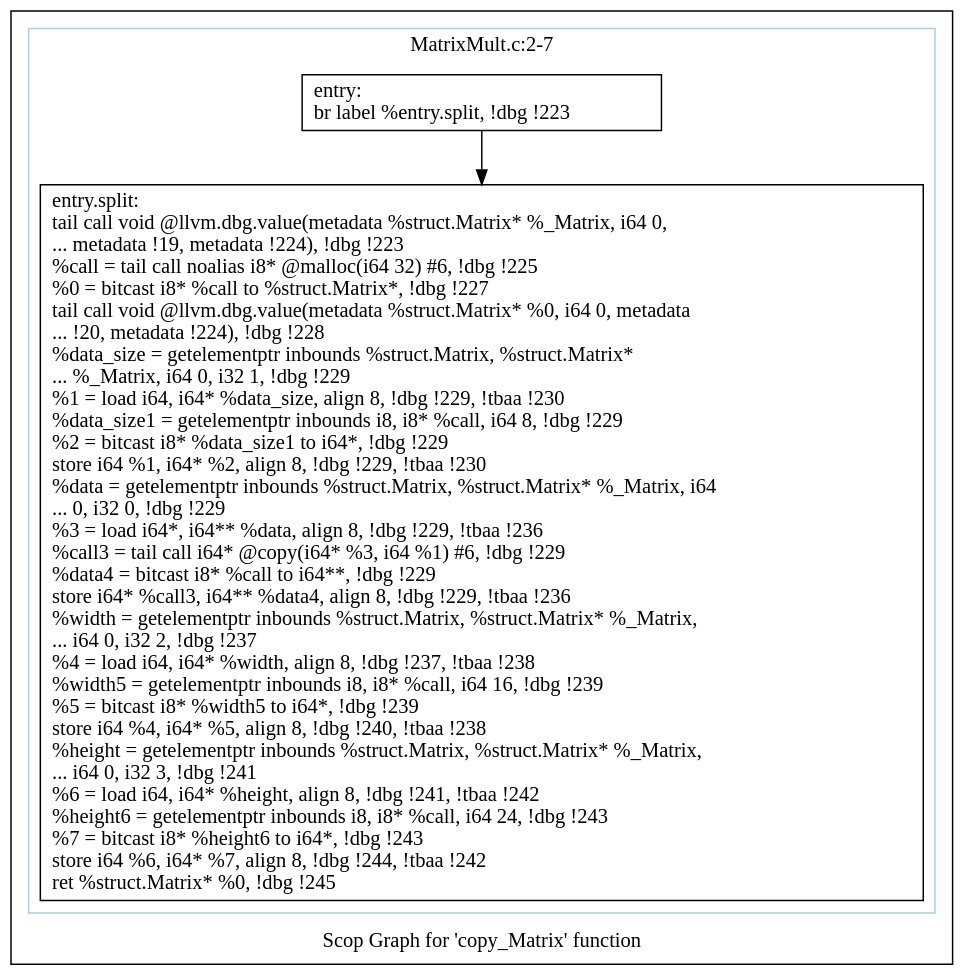
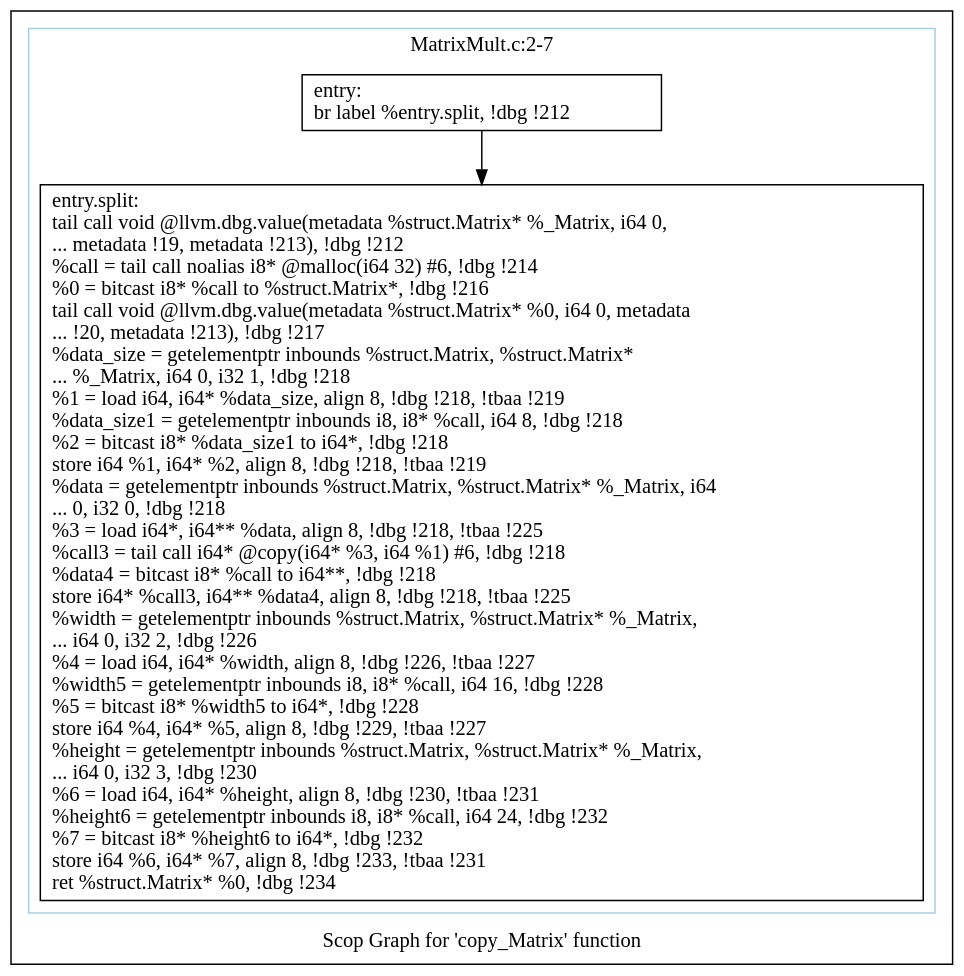
One commit to samminweng/WhileyOpenCL changed the diagram in polly/MatrixMult/impl/autogenerate/dot/scops.copy_Matrix.dot. Above: the diagram before and after it, drawn with Graphviz. The commit also changed 29 other files, not shown here.

```diff
--- a/polly/MatrixMult/impl/autogenerate/dot/scops.copy_Matrix.dot
+++ b/polly/MatrixMult/impl/autogenerate/dot/scops.copy_Matrix.dot
@@ -1,16 +1,16 @@
 digraph "Scop Graph for 'copy_Matrix' function" {
 	label="Scop Graph for 'copy_Matrix' function";
 
-	Node0xa840400 [shape=record,label="{entry:\l  br label %entry.split, !dbg !223\l}"];
-	Node0xa840400 -> Node0xa808190;
-	Node0xa808190 [shape=record,label="{entry.split:                                      \l  tail call void @llvm.dbg.value(metadata %struct.Matrix* %_Matrix, i64 0,\l... metadata !19, metadata !224), !dbg !223\l  %call = tail call noalias i8* @malloc(i64 32) #6, !dbg !225\l  %0 = bitcast i8* %call to %struct.Matrix*, !dbg !227\l  tail call void @llvm.dbg.value(metadata %struct.Matrix* %0, i64 0, metadata\l... !20, metadata !224), !dbg !228\l  %data_size = getelementptr inbounds %struct.Matrix, %struct.Matrix*\l... %_Matrix, i64 0, i32 1, !dbg !229\l  %1 = load i64, i64* %data_size, align 8, !dbg !229, !tbaa !230\l  %data_size1 = getelementptr inbounds i8, i8* %call, i64 8, !dbg !229\l  %2 = bitcast i8* %data_size1 to i64*, !dbg !229\l  store i64 %1, i64* %2, align 8, !dbg !229, !tbaa !230\l  %data = getelementptr inbounds %struct.Matrix, %struct.Matrix* %_Matrix, i64\l... 0, i32 0, !dbg !229\l  %3 = load i64*, i64** %data, align 8, !dbg !229, !tbaa !236\l  %call3 = tail call i64* @copy(i64* %3, i64 %1) #6, !dbg !229\l  %data4 = bitcast i8* %call to i64**, !dbg !229\l  store i64* %call3, i64** %data4, align 8, !dbg !229, !tbaa !236\l  %width = getelementptr inbounds %struct.Matrix, %struct.Matrix* %_Matrix,\l... i64 0, i32 2, !dbg !237\l  %4 = load i64, i64* %width, align 8, !dbg !237, !tbaa !238\l  %width5 = getelementptr inbounds i8, i8* %call, i64 16, !dbg !239\l  %5 = bitcast i8* %width5 to i64*, !dbg !239\l  store i64 %4, i64* %5, align 8, !dbg !240, !tbaa !238\l  %height = getelementptr inbounds %struct.Matrix, %struct.Matrix* %_Matrix,\l... i64 0, i32 3, !dbg !241\l  %6 = load i64, i64* %height, align 8, !dbg !241, !tbaa !242\l  %height6 = getelementptr inbounds i8, i8* %call, i64 24, !dbg !243\l  %7 = bitcast i8* %height6 to i64*, !dbg !243\l  store i64 %6, i64* %7, align 8, !dbg !244, !tbaa !242\l  ret %struct.Matrix* %0, !dbg !245\l}"];
+	Node0xa3e8eb0 [shape=record,label="{entry:\l  br label %entry.split, !dbg !212\l}"];
+	Node0xa3e8eb0 -> Node0xa3d79a0;
+	Node0xa3d79a0 [shape=record,label="{entry.split:                                      \l  tail call void @llvm.dbg.value(metadata %struct.Matrix* %_Matrix, i64 0,\l... metadata !19, metadata !213), !dbg !212\l  %call = tail call noalias i8* @malloc(i64 32) #6, !dbg !214\l  %0 = bitcast i8* %call to %struct.Matrix*, !dbg !216\l  tail call void @llvm.dbg.value(metadata %struct.Matrix* %0, i64 0, metadata\l... !20, metadata !213), !dbg !217\l  %data_size = getelementptr inbounds %struct.Matrix, %struct.Matrix*\l... %_Matrix, i64 0, i32 1, !dbg !218\l  %1 = load i64, i64* %data_size, align 8, !dbg !218, !tbaa !219\l  %data_size1 = getelementptr inbounds i8, i8* %call, i64 8, !dbg !218\l  %2 = bitcast i8* %data_size1 to i64*, !dbg !218\l  store i64 %1, i64* %2, align 8, !dbg !218, !tbaa !219\l  %data = getelementptr inbounds %struct.Matrix, %struct.Matrix* %_Matrix, i64\l... 0, i32 0, !dbg !218\l  %3 = load i64*, i64** %data, align 8, !dbg !218, !tbaa !225\l  %call3 = tail call i64* @copy(i64* %3, i64 %1) #6, !dbg !218\l  %data4 = bitcast i8* %call to i64**, !dbg !218\l  store i64* %call3, i64** %data4, align 8, !dbg !218, !tbaa !225\l  %width = getelementptr inbounds %struct.Matrix, %struct.Matrix* %_Matrix,\l... i64 0, i32 2, !dbg !226\l  %4 = load i64, i64* %width, align 8, !dbg !226, !tbaa !227\l  %width5 = getelementptr inbounds i8, i8* %call, i64 16, !dbg !228\l  %5 = bitcast i8* %width5 to i64*, !dbg !228\l  store i64 %4, i64* %5, align 8, !dbg !229, !tbaa !227\l  %height = getelementptr inbounds %struct.Matrix, %struct.Matrix* %_Matrix,\l... i64 0, i32 3, !dbg !230\l  %6 = load i64, i64* %height, align 8, !dbg !230, !tbaa !231\l  %height6 = getelementptr inbounds i8, i8* %call, i64 24, !dbg !232\l  %7 = bitcast i8* %height6 to i64*, !dbg !232\l  store i64 %6, i64* %7, align 8, !dbg !233, !tbaa !231\l  ret %struct.Matrix* %0, !dbg !234\l}"];
 	colorscheme = "paired12"
-        subgraph cluster_0xa841ea0 {
+        subgraph cluster_0xa3faba0 {
           label = "MatrixMult.c:2-7
 ";
           style = solid;
           color = 1
-          Node0xa840400;
-          Node0xa808190;
+          Node0xa3e8eb0;
+          Node0xa3d79a0;
         }
 }
```
